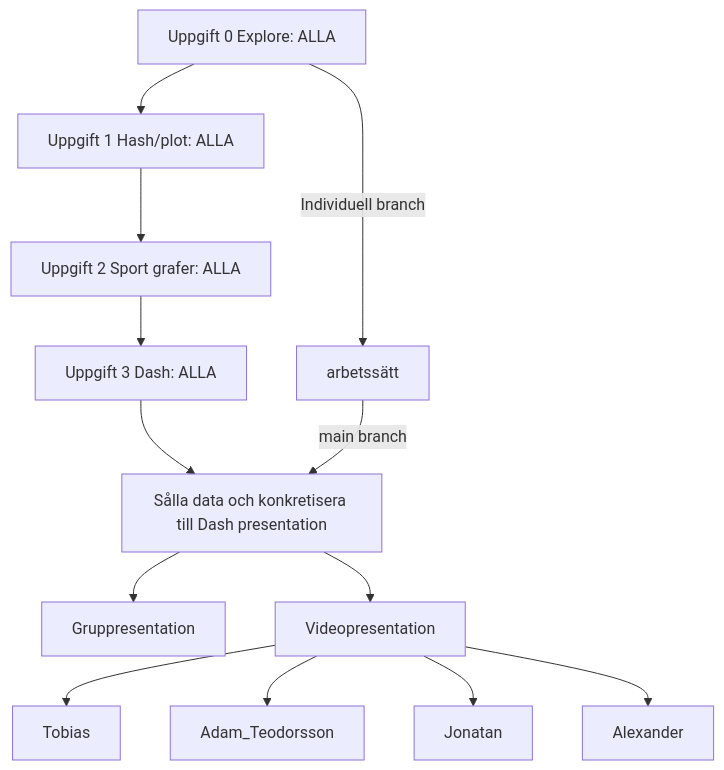
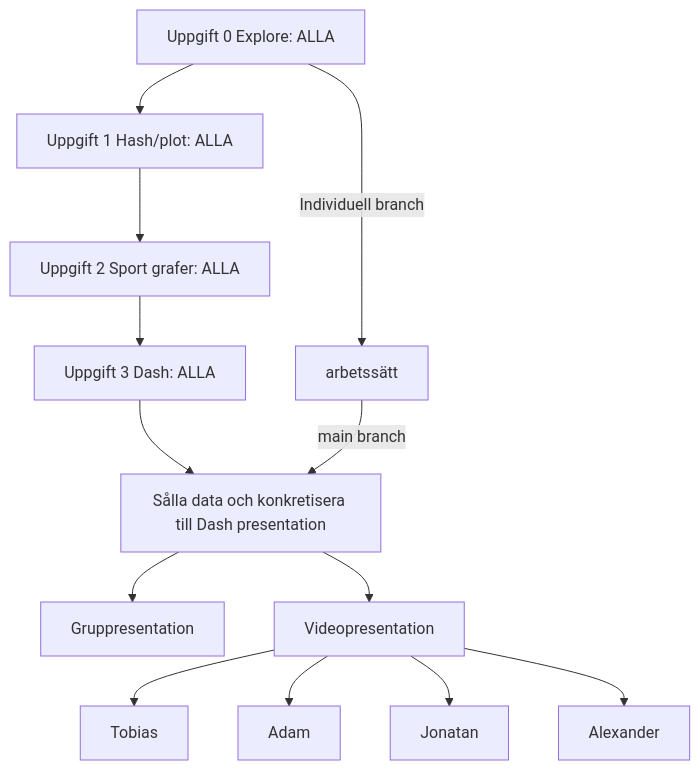
One commit to zoneme99/Project-OS changed the diagram in flowchart.md. Above: the diagram before and after it, drawn with Mermaid.

````diff
--- a/flowchart.md
+++ b/flowchart.md
@@ -1,17 +1,17 @@
 ```mermaid
 graph TD
 0[Uppgift 0 Explore: ALLA] --> 1[Uppgift 1 Hash/plot: ALLA]
 1 --> 2[Uppgift 2 Sport grafer: ALLA]
 2 --> 3[Uppgift 3 Dash: ALLA]
 3 --> 4[Sålla data och konkretisera till Dash presentation]
 4 --> 5[Gruppresentation]
 4 --> 6[Videopresentation]
 6 --> Tobias
-6 --> Adam_Teodorsson
+6 --> Adam
 6 --> Jonatan
 6 --> Alexander
 
 0-- Individuell branch -->arbetssätt
 arbetssätt-- main branch -->4
 
 ```
````
